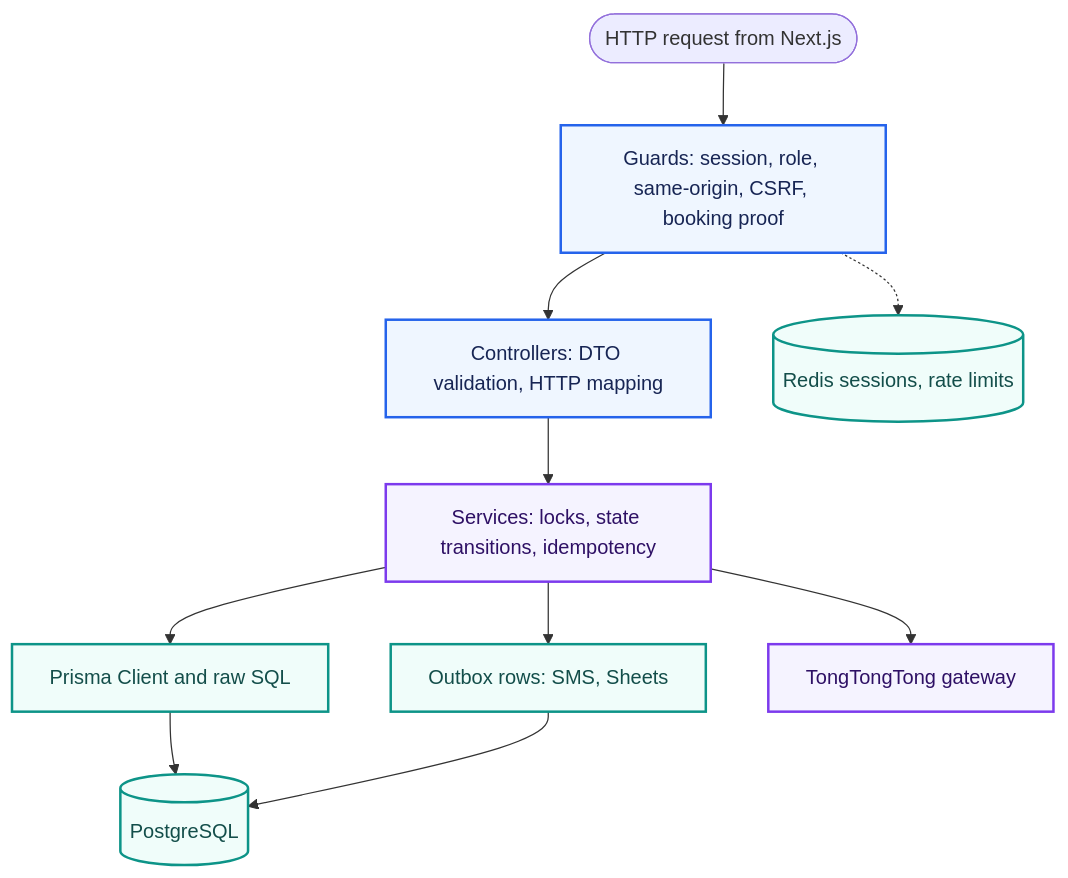
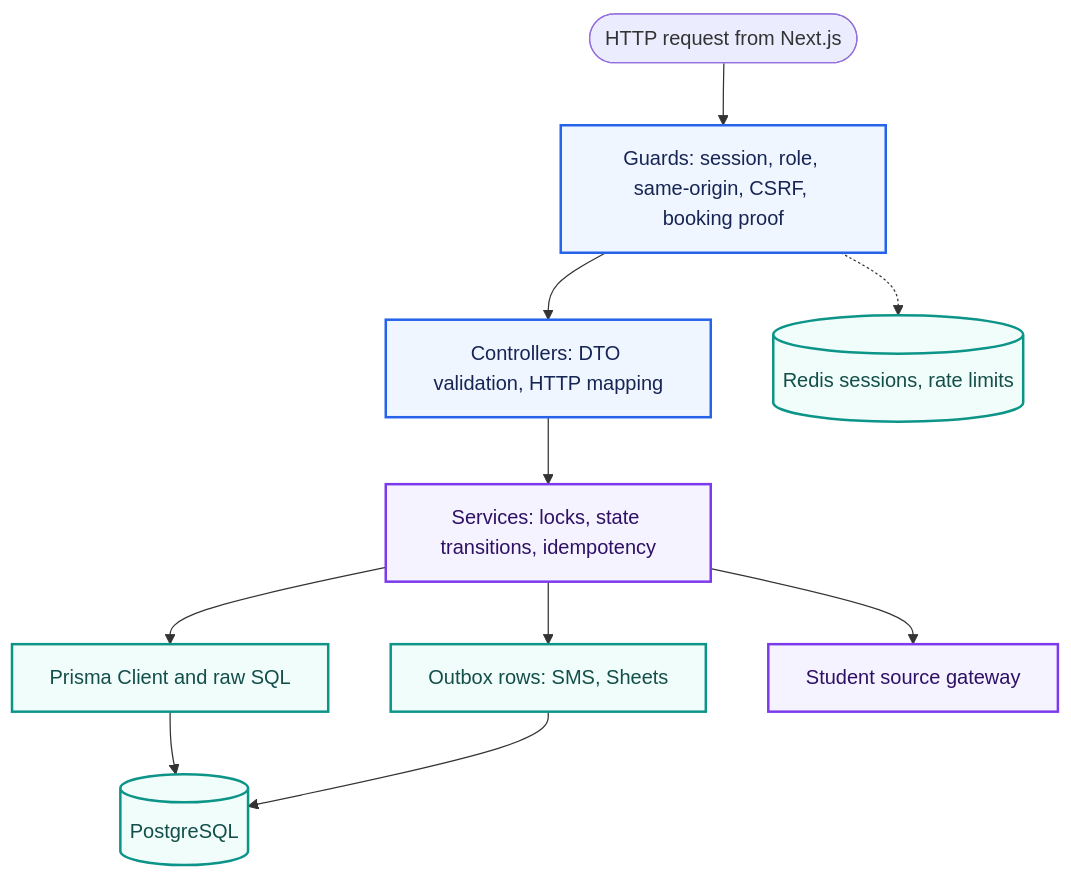
The third of 4 diagrams in content/posts/doc-71ac4b10-9f99-4251-893d-a57dd46ad334.md (gjaku1031/ken-blog), drawn with Mermaid before and after one commit. The commit also changed other lines of this file and 6 other files, not shown here.

````diff
--- a/content/posts/doc-71ac4b10-9f99-4251-893d-a57dd46ad334.md
+++ b/content/posts/doc-71ac4b10-9f99-4251-893d-a57dd46ad334.md
@@ -132,27 +132,27 @@
 ```mermaid caption="API 내부 계층. 외부 통신은 gateway에만 있고, 서비스는 외부 호출 대신 outbox 행을 기록함"
 flowchart TB
     request([HTTP request from Next.js])
     guards[Guards: session, role, same-origin, CSRF, booking proof]
     controller[Controllers: DTO validation, HTTP mapping]
     service[Services: locks, state transitions, idempotency]
     prisma[Prisma Client and raw SQL]
     outbox[Outbox rows: SMS, Sheets]
-    gateway[TongTongTong gateway]
+    gateway[Student source gateway]
     pg[(PostgreSQL)]
     redis[(Redis sessions, rate limits)]
     request --> guards
     guards --> controller
     controller --> service
     service --> prisma
     service --> outbox
     service --> gateway
     prisma --> pg
     outbox --> pg
     guards -.-> redis
     classDef web fill:#eff6ff,stroke:#2563eb,color:#172554,stroke-width:2px
     classDef domain fill:#f5f3ff,stroke:#7c3aed,color:#2e1065,stroke-width:2px
     classDef store fill:#f0fdfa,stroke:#0d9488,color:#134e4a,stroke-width:2px
     class guards,controller web
     class service,gateway domain
     class prisma,outbox,pg,redis store
 ```
````
